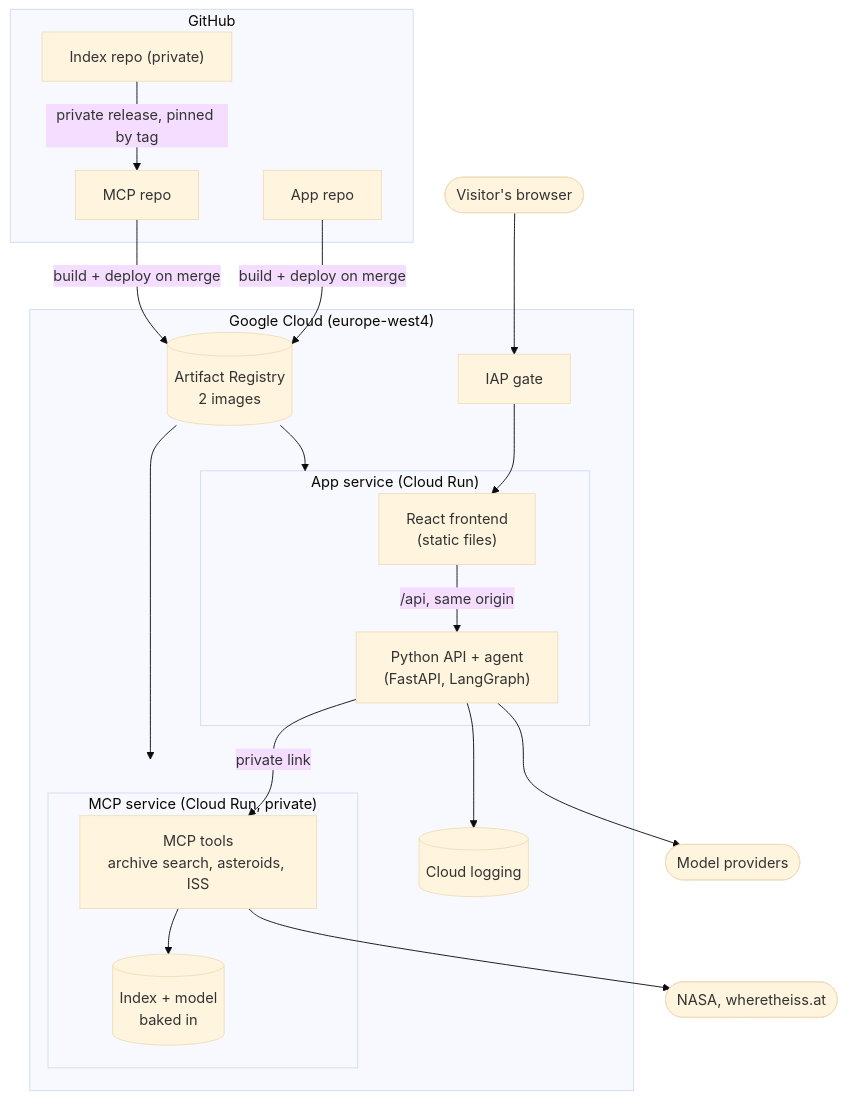
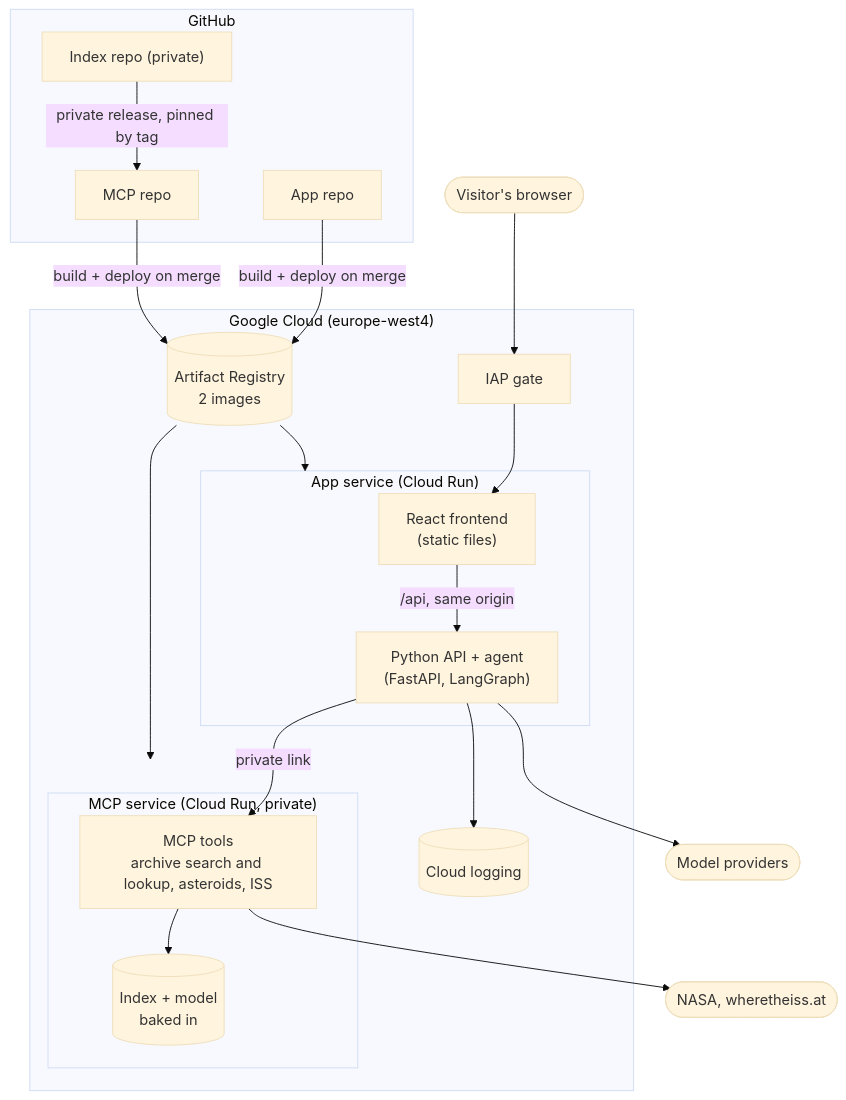
One commit to furkaanaydogdu/space-themed-ai-agent changed the second of 3 diagrams in docs/architecture/space-agent-architecture.md. Above: the diagram before and after it, drawn with Mermaid (base theme). The commit also changed other lines of this file and 5 other files, not shown here.

````diff
--- a/docs/architecture/space-agent-architecture.md
+++ b/docs/architecture/space-agent-architecture.md
@@ -65,37 +65,37 @@
 ```mermaid
 flowchart TB
     browser(["Visitor's browser"])
     subgraph gcp["Google Cloud (europe-west4)"]
         iap["IAP gate"]
         subgraph appsvc["App service (Cloud Run)"]
             fe["React frontend<br/>(static files)"]
             be["Python API + agent<br/>(FastAPI, LangGraph)"]
         end
         subgraph mcpsvc["MCP service (Cloud Run, private)"]
-            tools["MCP tools<br/>archive search, asteroids, ISS"]
+            tools["MCP tools<br/>archive search and lookup, asteroids, ISS"]
             idx[("Index + model<br/>baked in")]
         end
         reg[("Artifact Registry<br/>2 images")]
         logs[("Cloud logging")]
     end
     subgraph gh["GitHub"]
         apprepo["App repo"]
         mcprepo["MCP repo"]
         idxrepo["Index repo (private)"]
     end
     models(["Model providers"])
     ext(["NASA, wheretheiss.at"])
 
     browser --> iap --> fe
     fe -- "/api, same origin" --> be
     be -- "private link" --> tools
     tools --> idx
     be --> models
     tools --> ext
     be --> logs
     apprepo -- "build + deploy on merge" --> reg
     mcprepo -- "build + deploy on merge" --> reg
     idxrepo -- "private release, pinned by tag" --> mcprepo
     reg --> appsvc
     reg --> mcpsvc
 ```
````
